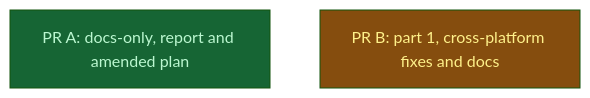
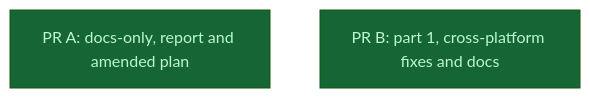
Before and after one commit to LittleCoinCoin/hypomnesis: the diagram in __roadmap__/v0214-sandbox/README.md, drawn with Mermaid (forest theme). The commit also changed other lines of this file and 5 other files, not shown here.

First line of the commit message:
docs(roadmap): PR C is ready for review; part2, close and part1 are done

````diff
--- a/__roadmap__/v0214-sandbox/README.md
+++ b/__roadmap__/v0214-sandbox/README.md
@@ -54,10 +54,10 @@
 ```mermaid
 graph TD
     docs_pr[PR A: docs-only, report and amended plan]:::done
-    part1[PR B: part 1, cross-platform fixes and docs]:::inprogress
+    part1[PR B: part 1, cross-platform fixes and docs]:::done
     classDef done       fill:#166534,color:#bbf7d0
     classDef inprogress fill:#854d0e,color:#fef08a
     classDef planned    fill:#374151,color:#e5e7eb
     classDef amendment  fill:#1e3a5f,color:#bfdbfe
     classDef blocked    fill:#7f1d1d,color:#fecaca
 ```
````
